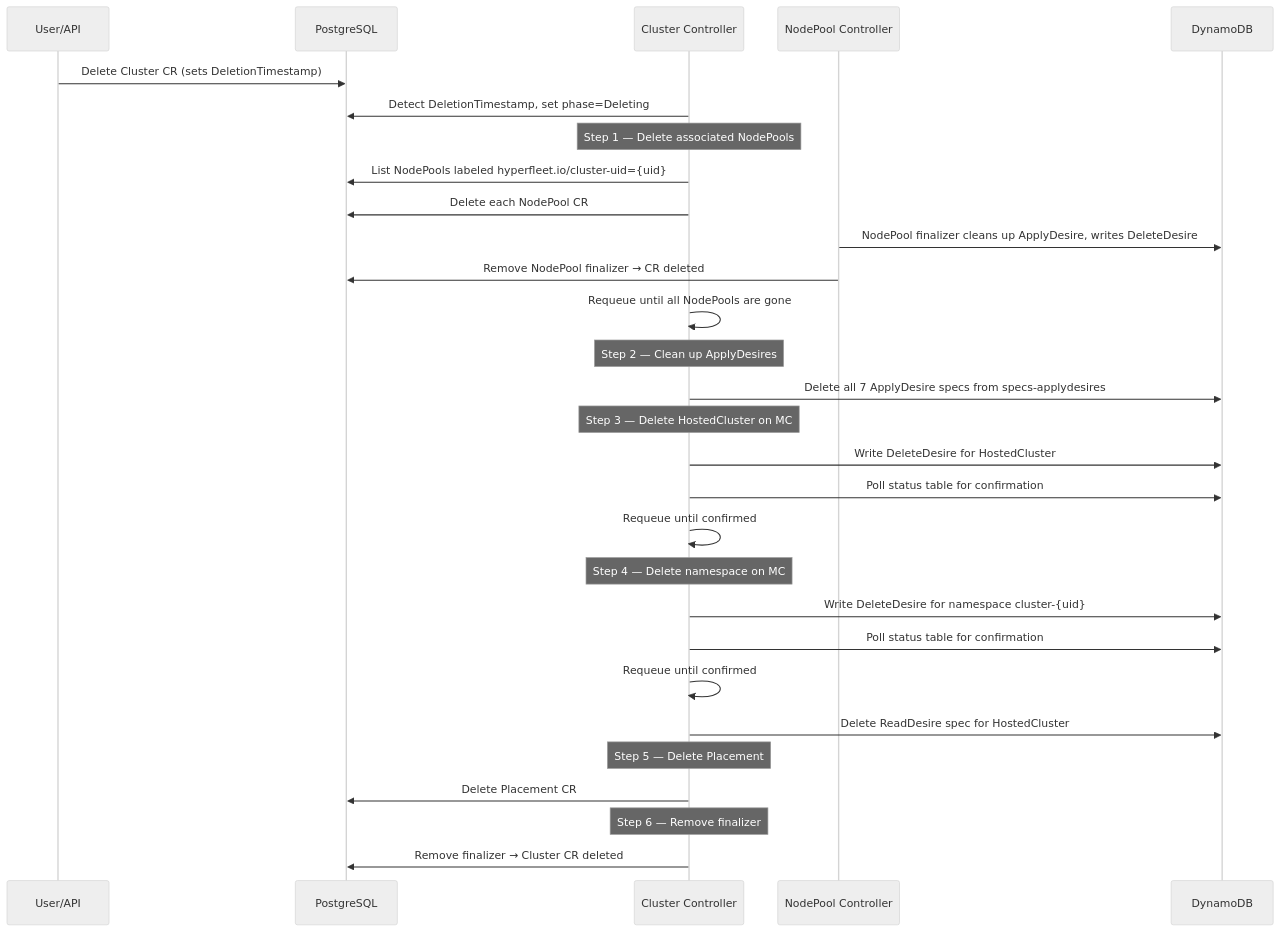
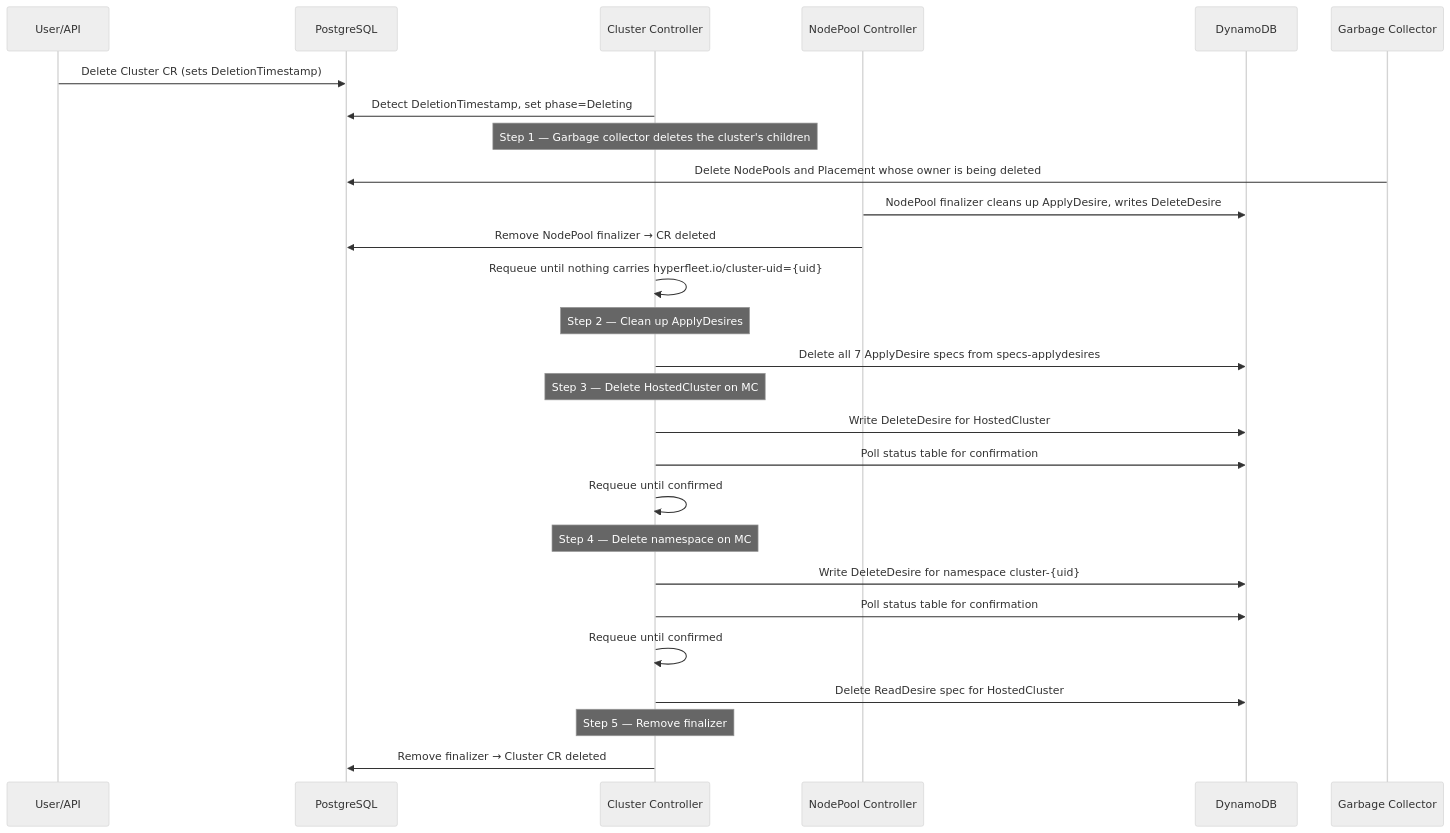
The second of 2 diagrams in hyperfleet-operator/docs/cluster-controller.md (openshift-online/rosa-hyperfleet-api), drawn with Mermaid (neutral theme) before and after one commit. The commit also changed other lines of this file and 11 other files, not shown here.

First line of the commit message:
operator: add a garbage collector for cluster-owned objects

````diff
--- a/hyperfleet-operator/docs/cluster-controller.md
+++ b/hyperfleet-operator/docs/cluster-controller.md
@@ -91,38 +91,35 @@
 ```mermaid
 sequenceDiagram
     participant User as User/API
     participant PG as PostgreSQL
     participant CC as Cluster Controller
     participant NPC as NodePool Controller
     participant DDB as DynamoDB
 
     User->>PG: Delete Cluster CR (sets DeletionTimestamp)
     CC->>PG: Detect DeletionTimestamp, set phase=Deleting
 
-    Note over CC: Step 1 — Delete associated NodePools
-    CC->>PG: List NodePools labeled hyperfleet.io/cluster-uid={uid}
-    CC->>PG: Delete each NodePool CR
+    Note over CC: Step 1 — Garbage collector deletes the cluster's children
+    participant GC as Garbage Collector
+    GC->>PG: Delete NodePools and Placement whose owner is being deleted
     NPC->>DDB: NodePool finalizer cleans up ApplyDesire, writes DeleteDesire
     NPC->>PG: Remove NodePool finalizer → CR deleted
-    CC->>CC: Requeue until all NodePools are gone
+    CC->>CC: Requeue until nothing carries hyperfleet.io/cluster-uid={uid}
 
     Note over CC: Step 2 — Clean up ApplyDesires
     CC->>DDB: Delete all 7 ApplyDesire specs from specs-applydesires
 
     Note over CC: Step 3 — Delete HostedCluster on MC
     CC->>DDB: Write DeleteDesire for HostedCluster
     CC->>DDB: Poll status table for confirmation
     CC->>CC: Requeue until confirmed
 
     Note over CC: Step 4 — Delete namespace on MC
     CC->>DDB: Write DeleteDesire for namespace cluster-{uid}
     CC->>DDB: Poll status table for confirmation
     CC->>CC: Requeue until confirmed
     CC->>DDB: Delete ReadDesire spec for HostedCluster
 
-    Note over CC: Step 5 — Delete Placement
-    CC->>PG: Delete Placement CR
-
-    Note over CC: Step 6 — Remove finalizer
+    Note over CC: Step 5 — Remove finalizer
     CC->>PG: Remove finalizer → Cluster CR deleted
 ```
````
